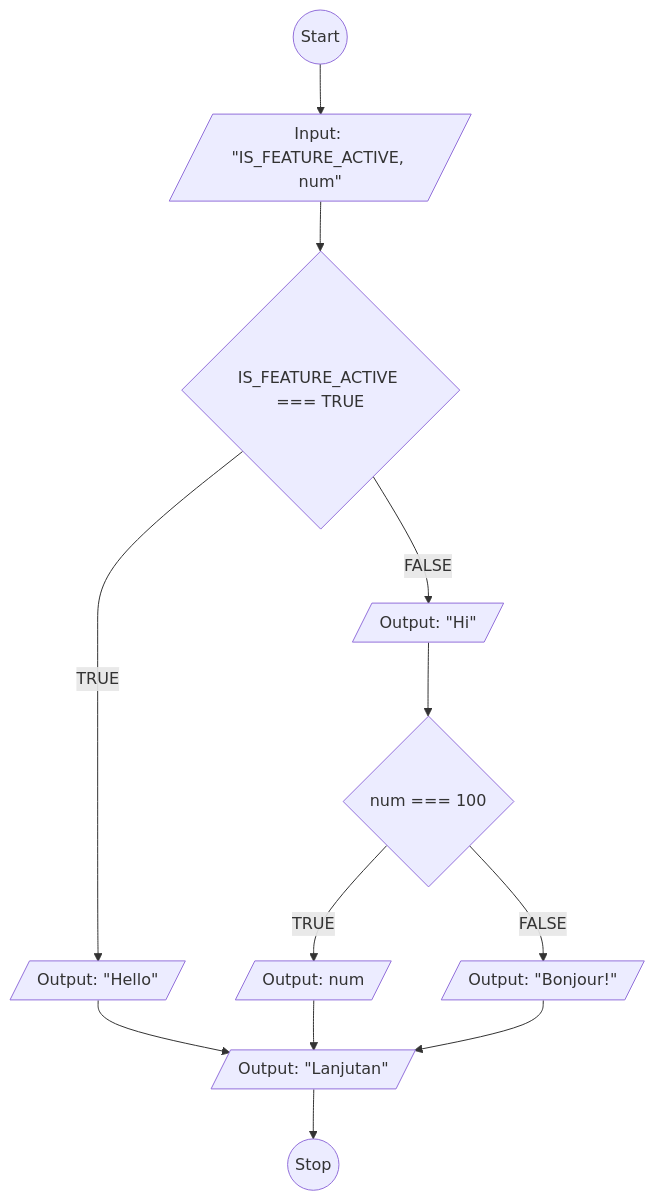
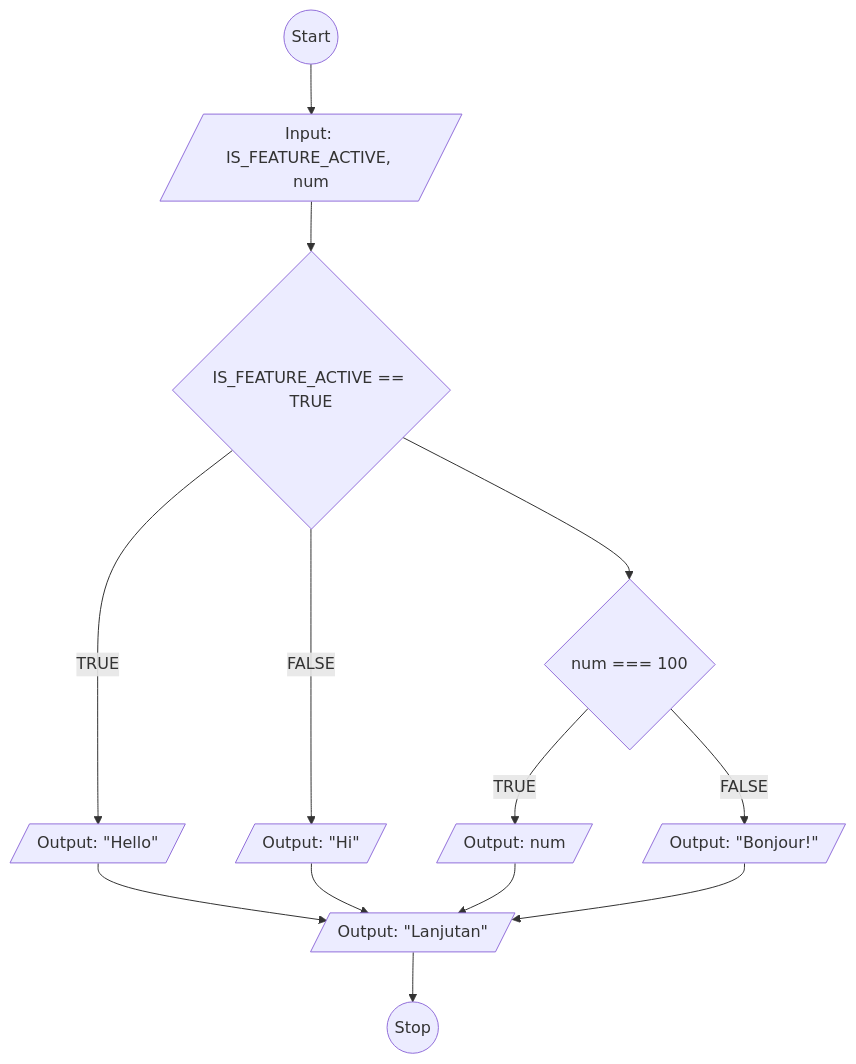
Before and after one commit to makarim22/koda-b6-javascript1: the diagram in flowchart-switch-case.md, drawn with Mermaid. The commit also changed other lines of this file, not shown here.

````diff
--- a/flowchart-switch-case.md
+++ b/flowchart-switch-case.md
@@ -1,50 +1,51 @@
 ```mermaid
 flowchart TD
 
 A@{ shape: circle, label: "Start" } --> B
 
-B@{ shape: lean-r, label: "Input: \"IS_FEATURE_ACTIVE, num\"" }  --> C
+B@{ shape: lean-r, label: "Input: IS_FEATURE_ACTIVE, num" }  --> C
 
 
-C@{ shape: diamond, label: "IS_FEATURE_ACTIVE === TRUE" }
+C@{ shape: diamond, label: "IS_FEATURE_ACTIVE == TRUE" }
 
 D@{ shape: lean-r, label: "Output: \"Hello\" " }
 
 E@{ shape: lean-r, label: "Output: \"Hi\" " }
 
 F@{ shape: diamond, label: "num === 100" }
 
 G@{ shape: lean-r, label: "Output: num" }
 
 H@{ shape: lean-r, label: "Output: \"Bonjour!\" " }
 
 Z@{ shape: circle, label: "Stop" } 
 
 Y@{ shape: lean-r, label: "Output: \"Lanjutan\" " }
 
 
 C -- TRUE --> D
 C -- FALSE --> E
+C --> F
 
 D --> Y
-E --> F
+E --> Y
 
 F -- TRUE --> G
 F -- FALSE --> H
 
 G --> Y
 H --> Y
 
 Y --> Z
 
 
 
 
 
 
 
 
 
 
 
 ```
````
